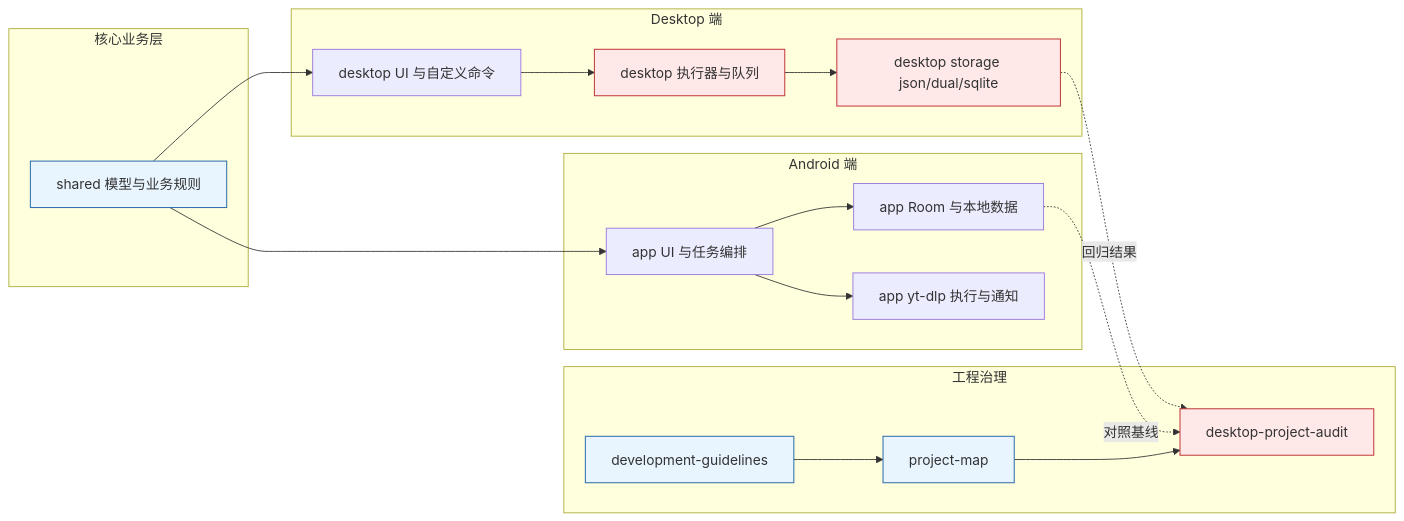
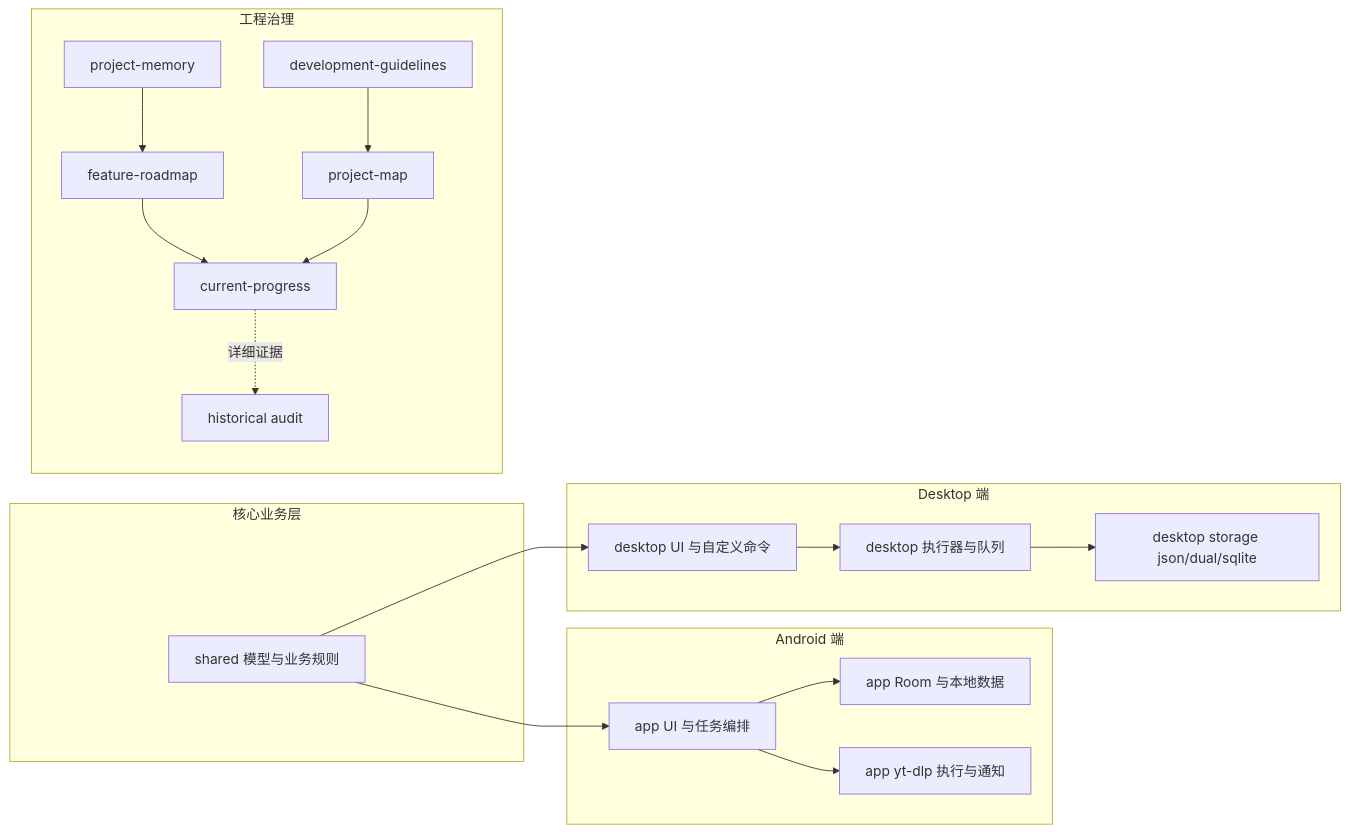
Before and after one commit to Axiaobo7788/Seal-Desktop: the diagram in docs/project-map.md, drawn with Mermaid. The commit also changed other lines of this file, not shown here.

Commit message:
docs: add roadmap and cookies flow to project map

````diff
--- a/docs/project-map.md
+++ b/docs/project-map.md
@@ -36,43 +36,42 @@
 ```mermaid
 flowchart LR
   subgraph Core[核心业务层]
     Shared[shared 模型与业务规则]
   end
 
   subgraph Android[Android 端]
     AppUI[app UI 与任务编排]
     AppDB[app Room 与本地数据]
     AppExec[app yt-dlp 执行与通知]
   end
 
   subgraph Desktop[Desktop 端]
     DUI[desktop UI 与自定义命令]
     DExec[desktop 执行器与队列]
     DStore[desktop storage json/dual/sqlite]
   end
 
   subgraph Docs[工程治理]
+    Memory[project-memory]
+    Roadmap[feature-roadmap]
+    Current[current-progress]
     Guide[development-guidelines]
     PMAP[project-map]
-    Audit[desktop-project-audit]
+    Audit[historical audit]
   end
 
   Shared --> AppUI
   Shared --> DUI
 
   AppUI --> AppExec
   AppUI --> AppDB
 
   DUI --> DExec
   DExec --> DStore
 
-  DStore -.回归结果.-> Audit
-  AppDB -.对照基线.-> Audit
+  Memory --> Roadmap
+  Roadmap --> Current
   Guide --> PMAP
-  PMAP --> Audit
-
-  classDef critical fill:#ffe8e8,stroke:#c23b3b,stroke-width:1.2px;
-  classDef progress fill:#e8f5ff,stroke:#2f6fab,stroke-width:1.2px;
-  class DExec,DStore,Audit critical;
-  class Shared,Guide,PMAP progress;
+  PMAP --> Current
+  Current -.详细证据.-> Audit
 ```
````
